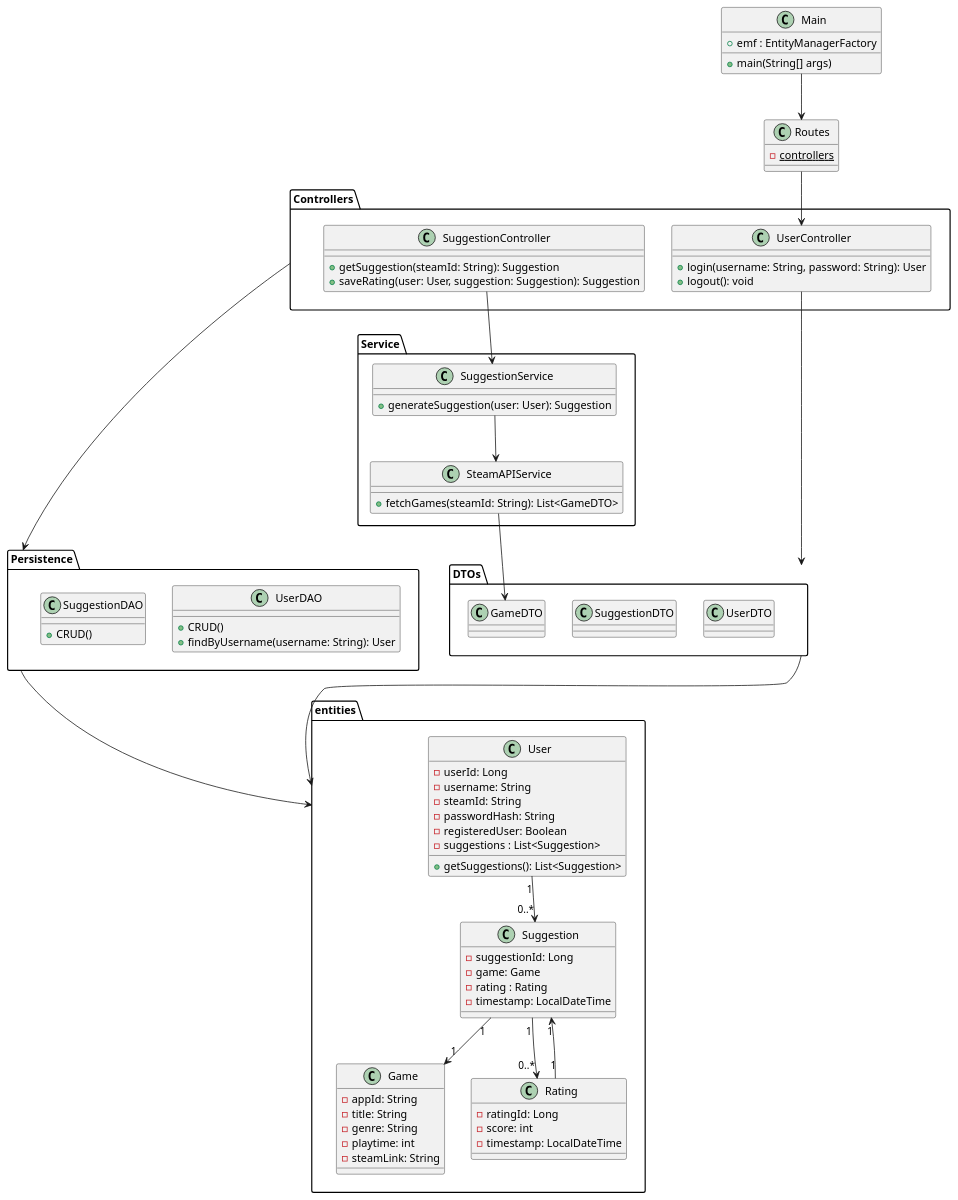
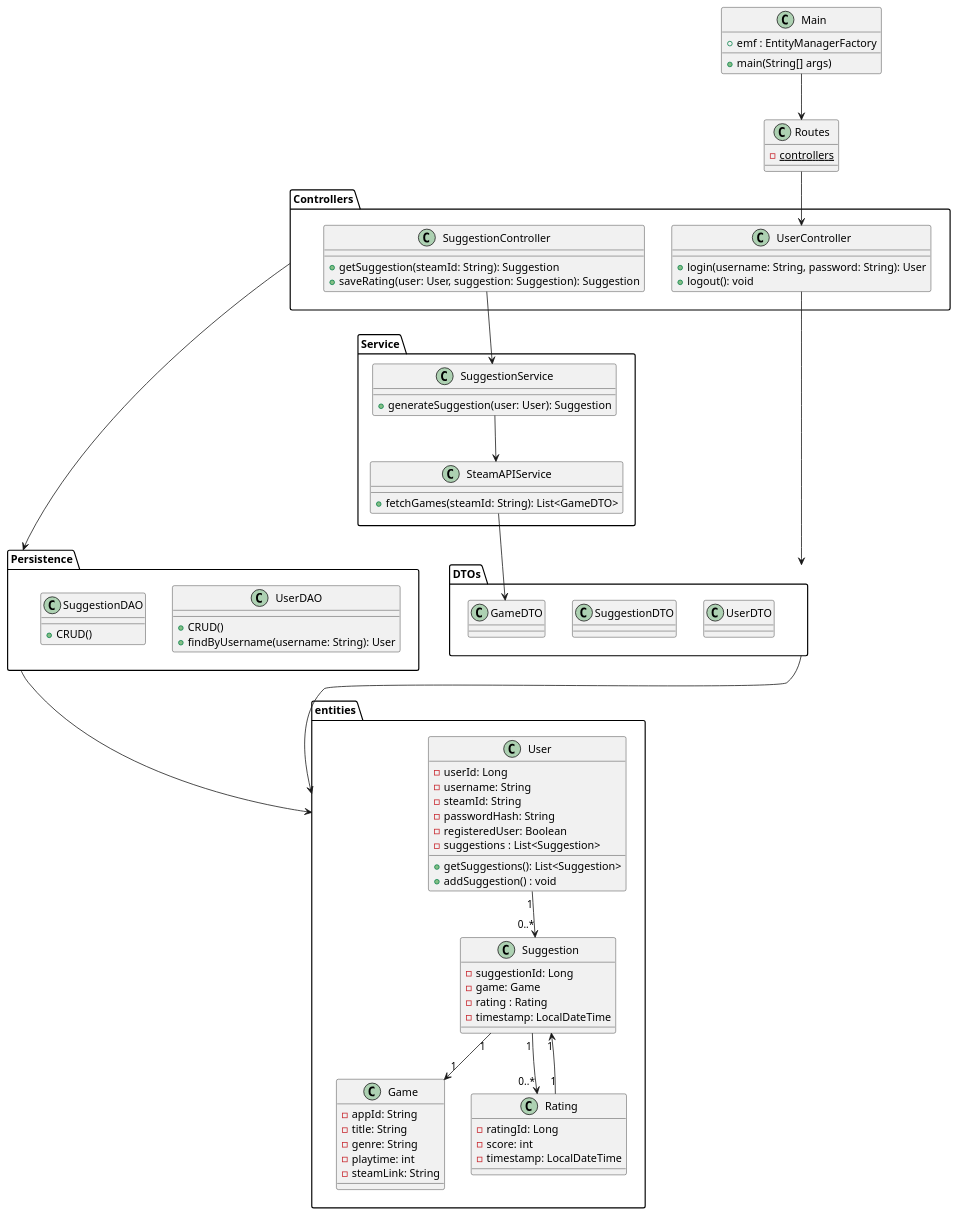
Before and after one commit to Gervig/Game-Suggester: the diagram in docs/Diagrams/classdiagram.puml, drawn with PlantUML.

```diff
--- a/docs/Diagrams/classdiagram.puml
+++ b/docs/Diagrams/classdiagram.puml
@@ -1,126 +1,127 @@
 @startuml
 
 package entities {
 ' =======================
 ' MODEL (JPA Entities)
 ' =======================
 class User {
   - userId: Long
   - username: String
   - steamId: String
   - passwordHash: String
   - registeredUser: Boolean
   - suggestions : List<Suggestion>
   + getSuggestions(): List<Suggestion>
+  + addSuggestion() : void
 }
 
 class Game {
   - appId: String
   - title: String
   - genre: String
   - playtime: int
   - steamLink: String
 }
 
 class Suggestion {
   - suggestionId: Long
   - game: Game
   - rating : Rating
   - timestamp: LocalDateTime
 }
 
 class Rating {
   - ratingId: Long
   - score: int
   - timestamp: LocalDateTime
 }
 }
 
 ' =======================
 ' MODEL (DTOs)
 ' =======================
 
 package DTOs {
 
 class UserDTO{}
 class SuggestionDTO{}
 class GameDTO{}
 
 }
 
 ' =======================
 ' REPOSITORIES (JPA)
 ' =======================
 package Persistence {
 class UserDAO {
    + CRUD()
   + findByUsername(username: String): User
 }
 class SuggestionDAO {
   + CRUD()
 }
 }
 
 
 ' =======================
 ' SERVICES
 ' =======================
 package Service  {
 class SteamAPIService {
   + fetchGames(steamId: String): List<GameDTO>
 }
 
 class SuggestionService {
   + generateSuggestion(user: User): Suggestion
 }
 }
 
 
 ' =======================
 ' CONTROLLERS (MVC)
 ' =======================
 package Controllers{
 class UserController {
   + login(username: String, password: String): User
   + logout(): void
 }
 class SuggestionController {
   + getSuggestion(steamId: String): Suggestion
   + saveRating(user: User, suggestion: Suggestion): Suggestion
 }
 }
 
 
 
 class Routes{
 - {static} controllers
 }
 
 class Main{
 + emf : EntityManagerFactory
 + main(String[] args)
 }
 
 ' =======================
 ' RELATIONSHIPS
 ' =======================
 User "1" --> "0..*" Suggestion
 Suggestion "1" --> "1" Game
 Suggestion "1" --> "0..*" Rating
 Rating "1" --> "1" Suggestion
 
 SuggestionController --> SuggestionService
 
 
 SuggestionService --> SteamAPIService
 SteamAPIService --> GameDTO
 
 UserController --> DTOs
 Persistence --> entities
 DTOs --> entities
 Main --> Routes
 Routes --> UserController
 Controllers --> Persistence
 
 
 @enduml
```
